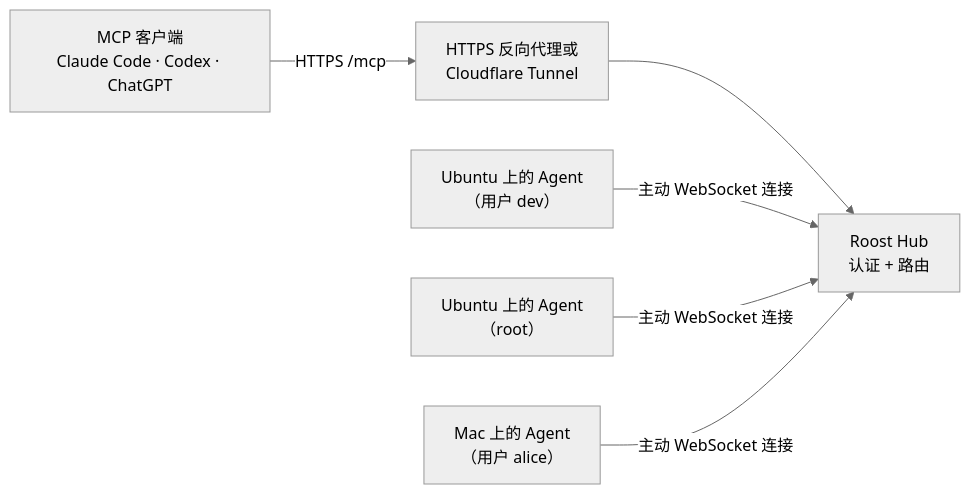
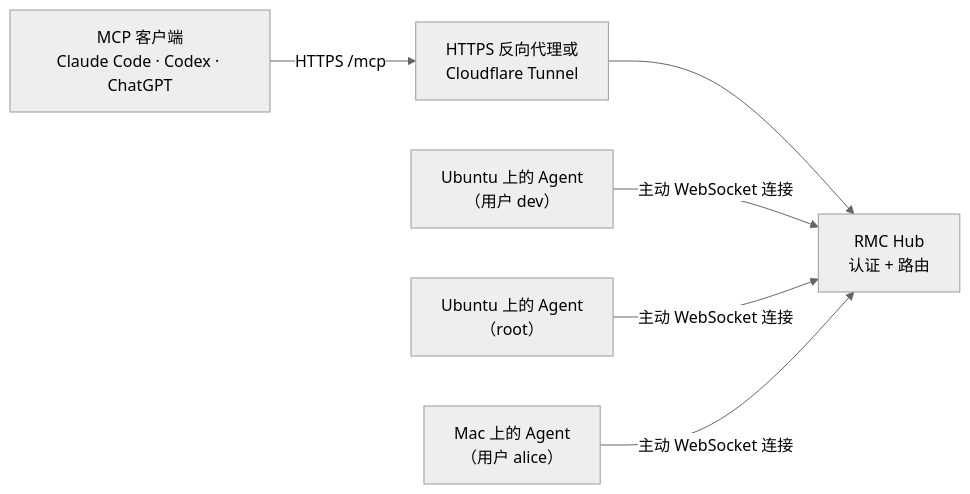
One commit to soren-labs/hostmcp changed the diagram in README.zh-CN.md. Above: the diagram before and after it, drawn with Mermaid (neutral theme). The commit also changed other lines of this file and 86 other files, not shown here.

First line of the commit message:
Rename to RMC (Remote Machine Control) instead of Roost

````diff
--- a/README.zh-CN.md
+++ b/README.zh-CN.md
@@ -47,8 +46,8 @@
 ```mermaid
 flowchart LR
     C["MCP 客户端<br/>Claude Code · Codex · ChatGPT"] -->|"HTTPS /mcp"| E["HTTPS 反向代理或<br/>Cloudflare Tunnel"]
-    E --> H["Roost Hub<br/>认证 + 路由"]
+    E --> H["RMC Hub<br/>认证 + 路由"]
     A1["Ubuntu 上的 Agent<br/>（用户 dev）"] -->|"主动 WebSocket 连接"| H
     A2["Ubuntu 上的 Agent<br/>（root）"] -->|"主动 WebSocket 连接"| H
     A3["Mac 上的 Agent<br/>（用户 alice）"] -->|"主动 WebSocket 连接"| H
 ```
````
